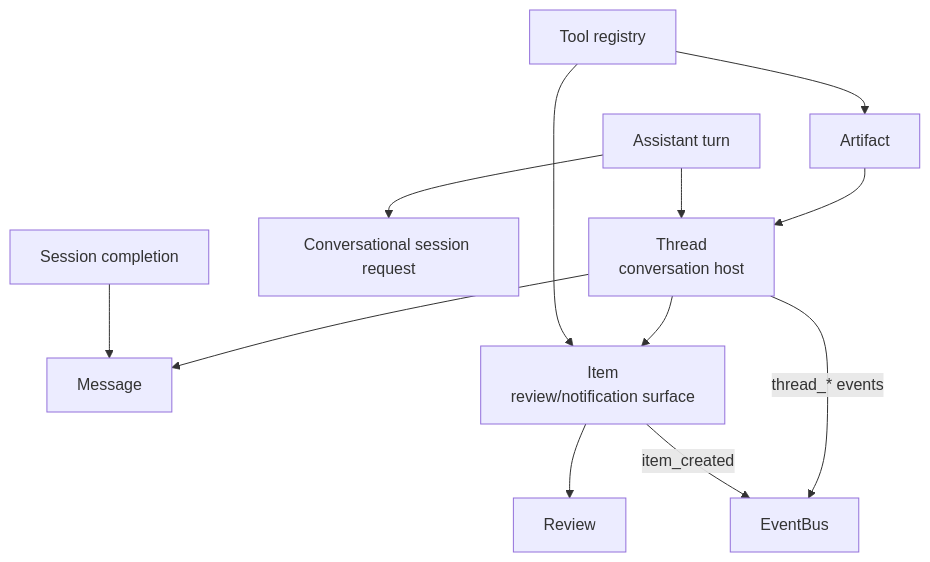
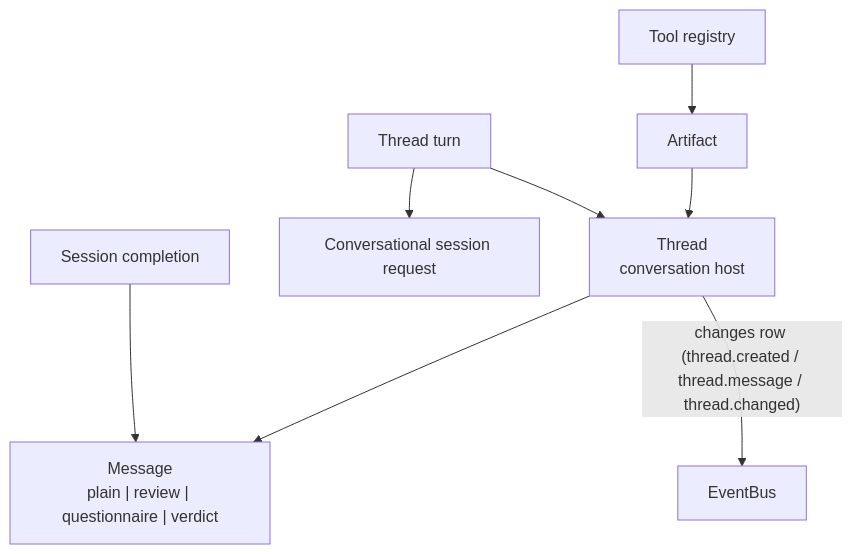
Before and after one commit to idle-builders/hyperidle: the fifth of 12 diagrams in docs/architecture/as-implemented-domain-architecture.md, drawn with Mermaid. The commit also changed other lines of this file and 491 other files, not shown here.

First line of the commit message:
Thread module: search, open, send a message, adjust through one declaration (#555)

````diff
--- a/docs/architecture/as-implemented-domain-architecture.md
+++ b/docs/architecture/as-implemented-domain-architecture.md
@@ -162,22 +162,16 @@
 ```mermaid
 flowchart TB
   Thread["Thread\nconversation host"]
-  Message["Message"]
-  Item["Item\nreview/notification surface"]
-  Review["Review"]
+  Message["Message\nplain | review | questionnaire | verdict"]
   Artifact["Artifact"]
 
   Thread --> Message
-  Thread --> Item
-  Item --> Review
   Artifact --> Thread
 
-  AssistantTurn["Assistant turn"] --> Thread
-  AssistantTurn --> SessionRequest["Conversational session request"]
+  ThreadTurn["Thread turn"] --> Thread
+  ThreadTurn --> SessionRequest["Conversational session request"]
   SessionResult["Session completion"] --> Message
   ToolRegistry["Tool registry"] --> Artifact
-  ToolRegistry --> Item
 
-  Thread -- "thread_* events" --> Events["EventBus"]
-  Item -- "item_created" --> Events
+  Thread -- "changes row (thread.created / thread.message / thread.changed)" --> Events["EventBus"]
 ```
````
